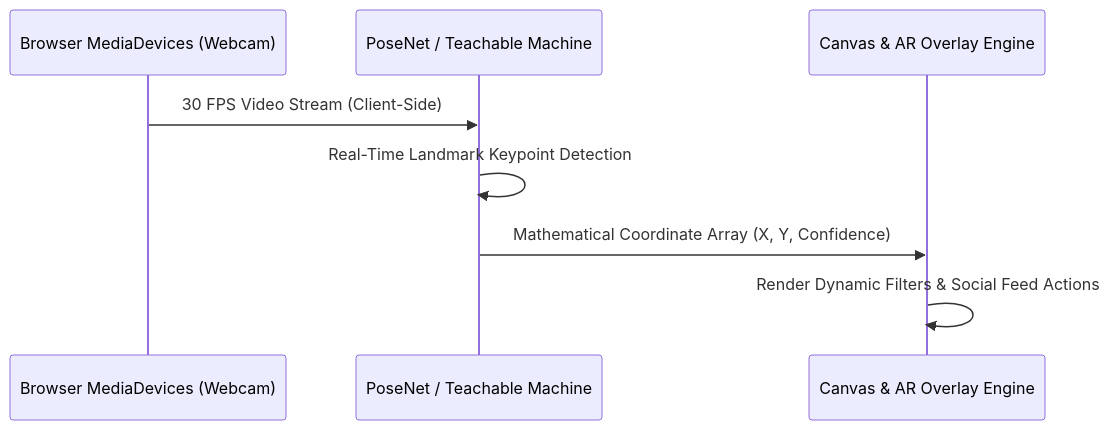
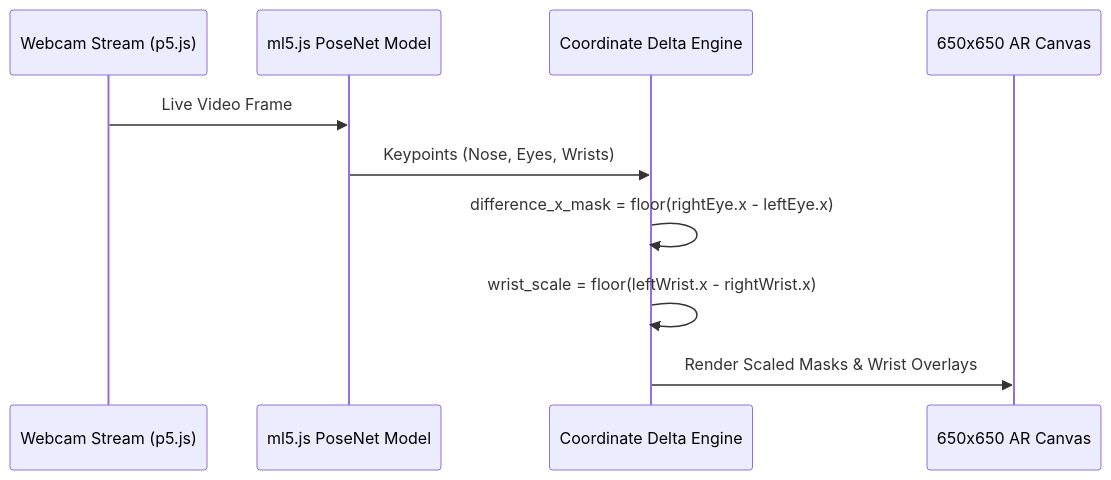
One commit to RD998/RD998 changed the third of 4 diagrams in README.md. Above: the diagram before and after it, drawn with Mermaid. The commit also changed other lines of this file, not shown here.

````diff
--- a/README.md
+++ b/README.md
@@ -99,10 +89,12 @@
 ```mermaid
 sequenceDiagram
-    participant Cam as Browser MediaDevices (Webcam)
-    participant ML as PoseNet / Teachable Machine
-    participant DOM as Canvas & AR Overlay Engine
-    Cam->>ML: 30 FPS Video Stream (Client-Side)
-    ML->>ML: Real-Time Landmark Keypoint Detection
-    ML->>DOM: Mathematical Coordinate Array (X, Y, Confidence)
-    DOM->>DOM: Render Dynamic Filters & Social Feed Actions
+    participant Cam as Webcam Stream (p5.js)
+    participant ML as ml5.js PoseNet Model
+    participant Math as Coordinate Delta Engine
+    participant Canvas as 650x650 AR Canvas
+    Cam->>ML: Live Video Frame
+    ML->>Math: Keypoints (Nose, Eyes, Wrists)
+    Math->>Math: difference_x_mask = floor(rightEye.x - leftEye.x)
+    Math->>Math: wrist_scale = floor(leftWrist.x - rightWrist.x)
+    Math->>Canvas: Render Scaled Masks & Wrist Overlays
 ```
````
